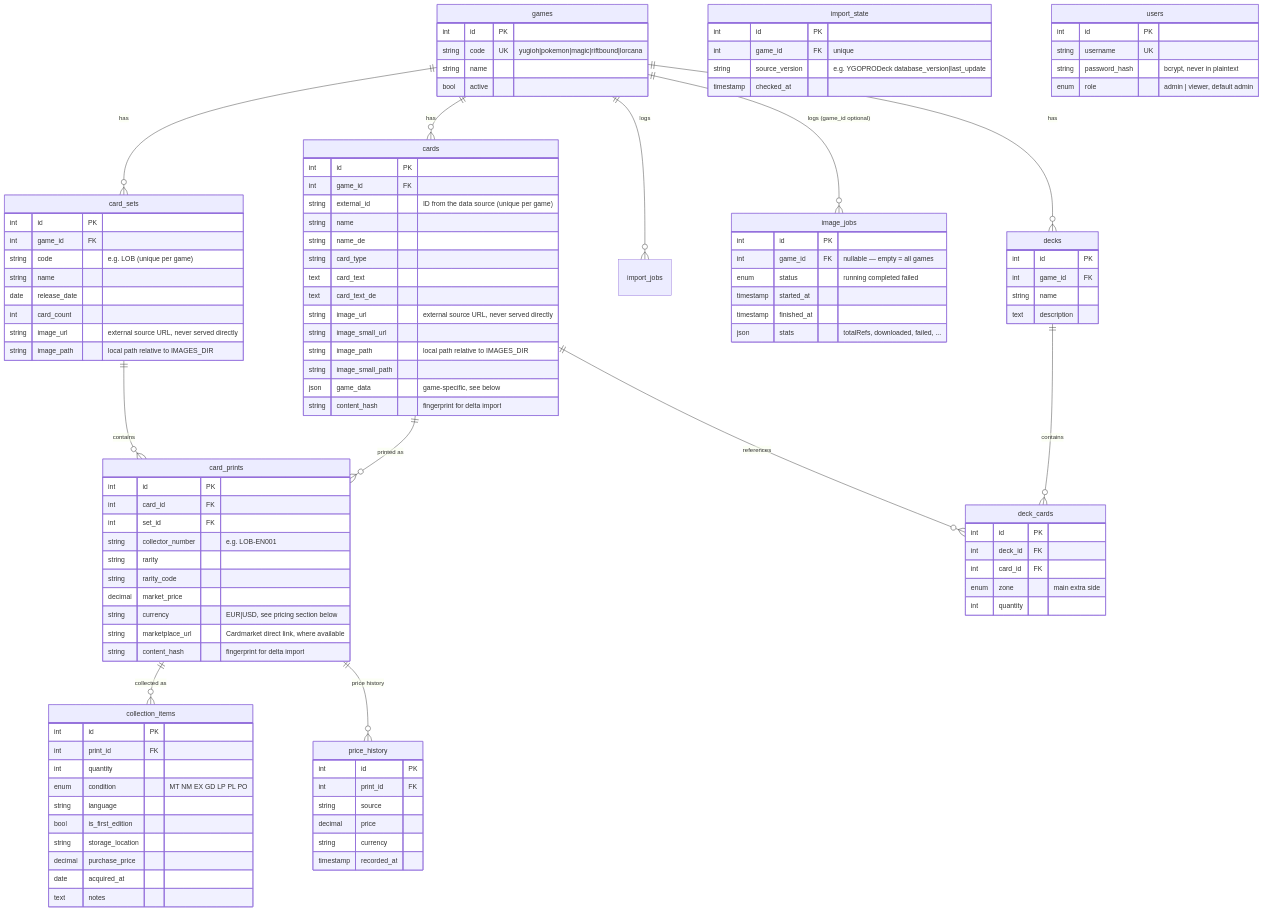
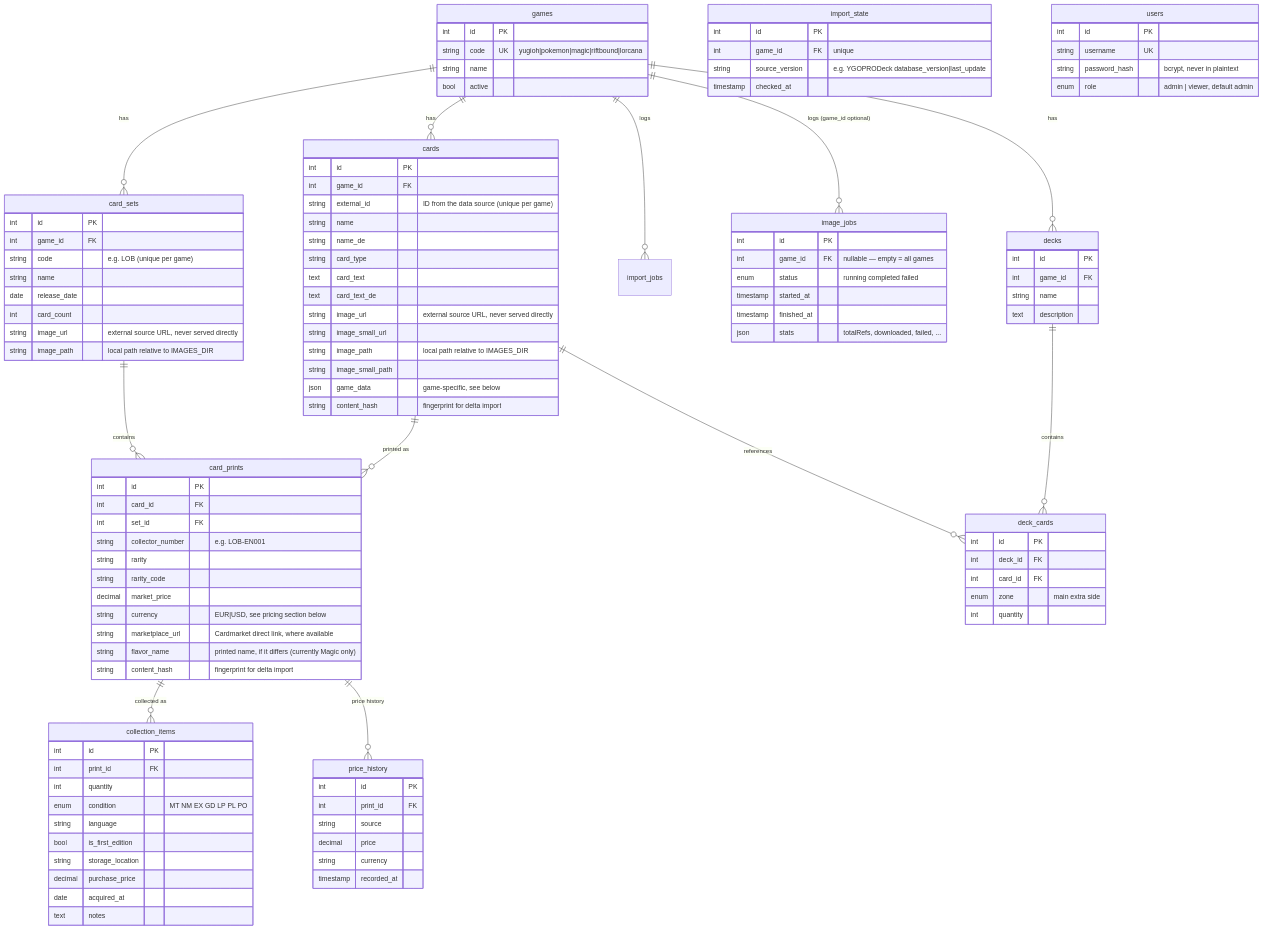
Before and after one commit to ABSoSol-public/hobby_absosol_tcgmaster: the diagram in docs/DATENBANK.en.md, drawn with Mermaid. The commit also changed other lines of this file and 11 other files, not shown here.

```diff
--- a/docs/DATENBANK.en.md
+++ b/docs/DATENBANK.en.md
@@ -75,6 +75,7 @@
         decimal market_price
         string currency "EUR|USD, see pricing section below"
         string marketplace_url "Cardmarket direct link, where available"
+        string flavor_name "printed name, if it differs (currently Magic only)"
         string content_hash "fingerprint for delta import"
     }
     collection_items {
```
